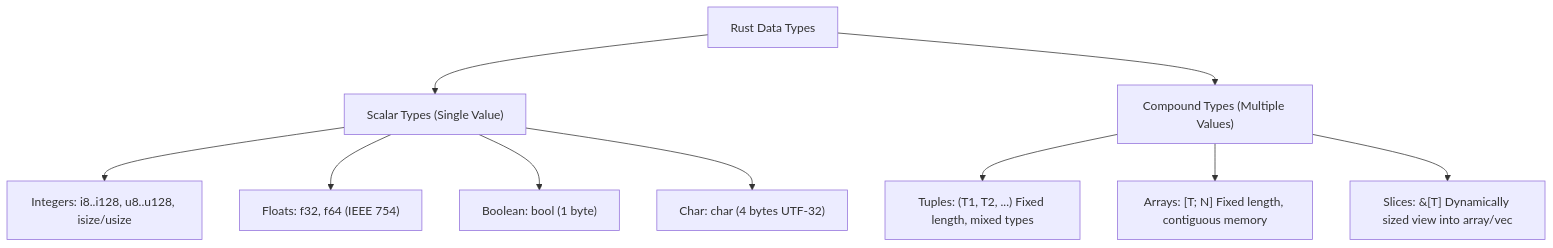
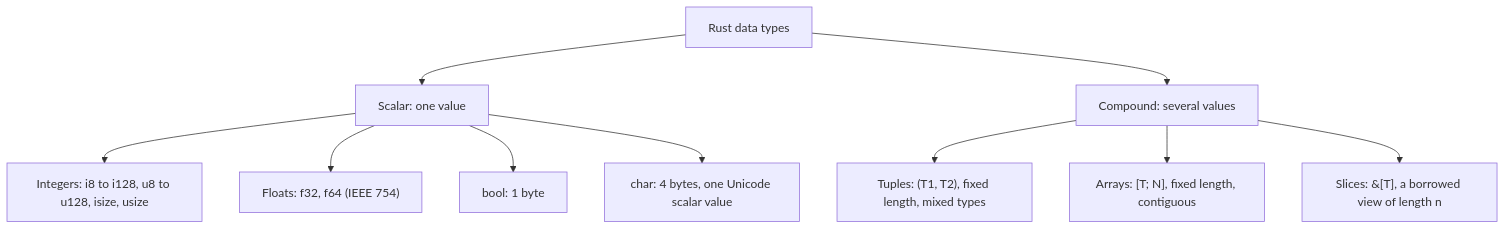
The sixth of 23 diagrams in README.md (TheLearningHubOrg/learn-rust), drawn with Mermaid before and after one commit. The commit also changed other lines of this file and 23 other files, not shown here.

````diff
--- a/README.md
+++ b/README.md
@@ -151,14 +753,12 @@
 ```mermaid
-graph TD
-    Types["Rust Data Types"] --> Scalar["Scalar Types (Single Value)"]
-    Types --> Compound["Compound Types (Multiple Values)"]
-    
-    Scalar --> Int["Integers: i8..i128, u8..u128, isize/usize"]
+flowchart TD
+    Types["Rust data types"] --> Scalar["Scalar: one value"]
+    Types --> Compound["Compound: several values"]
+    Scalar --> Int["Integers: i8 to i128, u8 to u128, isize, usize"]
     Scalar --> Float["Floats: f32, f64 (IEEE 754)"]
-    Scalar --> Bool["Boolean: bool (1 byte)"]
-    Scalar --> Char["Char: char (4 bytes UTF-32)"]
-    
-    Compound --> Tuple["Tuples: (T1, T2, ...) Fixed length, mixed types"]
-    Compound --> Array["Arrays: [T; N] Fixed length, contiguous memory"]
-    Compound --> Slice["Slices: &[T] Dynamically sized view into array/vec"]
+    Scalar --> Bool["bool: 1 byte"]
+    Scalar --> Char["char: 4 bytes, one Unicode scalar value"]
+    Compound --> Tuple["Tuples: (T1, T2), fixed length, mixed types"]
+    Compound --> Array["Arrays: [T; N], fixed length, contiguous"]
+    Compound --> Slice["Slices: &[T], a borrowed view of length n"]
 ```
````
